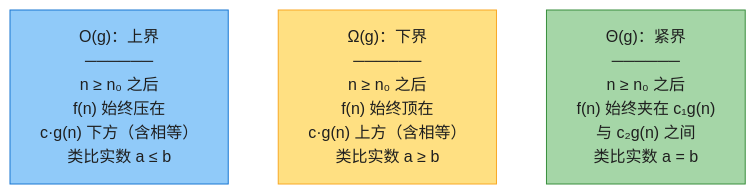
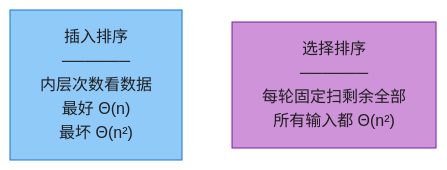
Before and after one commit to socoo123/book_reading: the fourth of 5 diagrams in IntroductionToAlgorithms/Chapter03_函数的增长_深度版.md, drawn with Mermaid (forest theme). The commit also changed other lines of this file and 19 other files, not shown here.

````diff
--- a/IntroductionToAlgorithms/Chapter03_函数的增长_深度版.md
+++ b/IntroductionToAlgorithms/Chapter03_函数的增长_深度版.md
@@ -96,12 +377,11 @@
 ```mermaid
 flowchart LR
-    oN["O(g)：上界<br/>──────<br/>n ≥ n₀ 之后<br/>f(n) 始终压在<br/>c·g(n) 下方（含相等）<br/>类比实数 a ≤ b"]
-    wN["Ω(g)：下界<br/>──────<br/>n ≥ n₀ 之后<br/>f(n) 始终顶在<br/>c·g(n) 上方（含相等）<br/>类比实数 a ≥ b"]
-    tN["Θ(g)：紧界<br/>──────<br/>n ≥ n₀ 之后<br/>f(n) 始终夹在 c₁g(n)<br/>与 c₂g(n) 之间<br/>类比实数 a = b"]
-    oN ~~~ wN
-    wN ~~~ tN
+    ins["插入排序<br/>──────<br/>内层次数看数据<br/>最好 Θ(n)<br/>最坏 Θ(n²)"]
+    sel["选择排序<br/>──────<br/>每轮固定扫剩余全部<br/>所有输入都 Θ(n²)"]
+    ins ~~~ sel
 
-    style oN fill:#90CAF9,stroke:#1976D2,color:#1f1f1f
-    style wN fill:#FFE082,stroke:#F9A825,color:#1f1f1f
-    style tN fill:#A5D6A7,stroke:#388E3C,color:#1f1f1f
+    classDef insC fill:#90CAF9,stroke:#1976D2,color:#1f1f1f
+    classDef selC fill:#CE93D8,stroke:#7B1FA2,color:#1f1f1f
+    class ins insC
+    class sel selC
 ```
````
